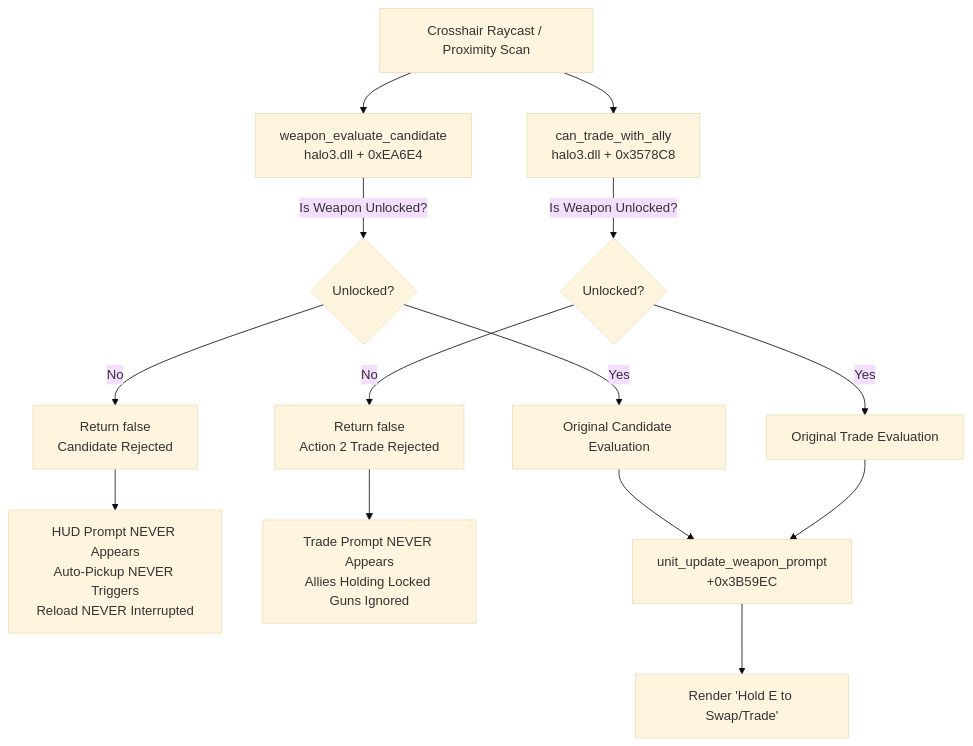
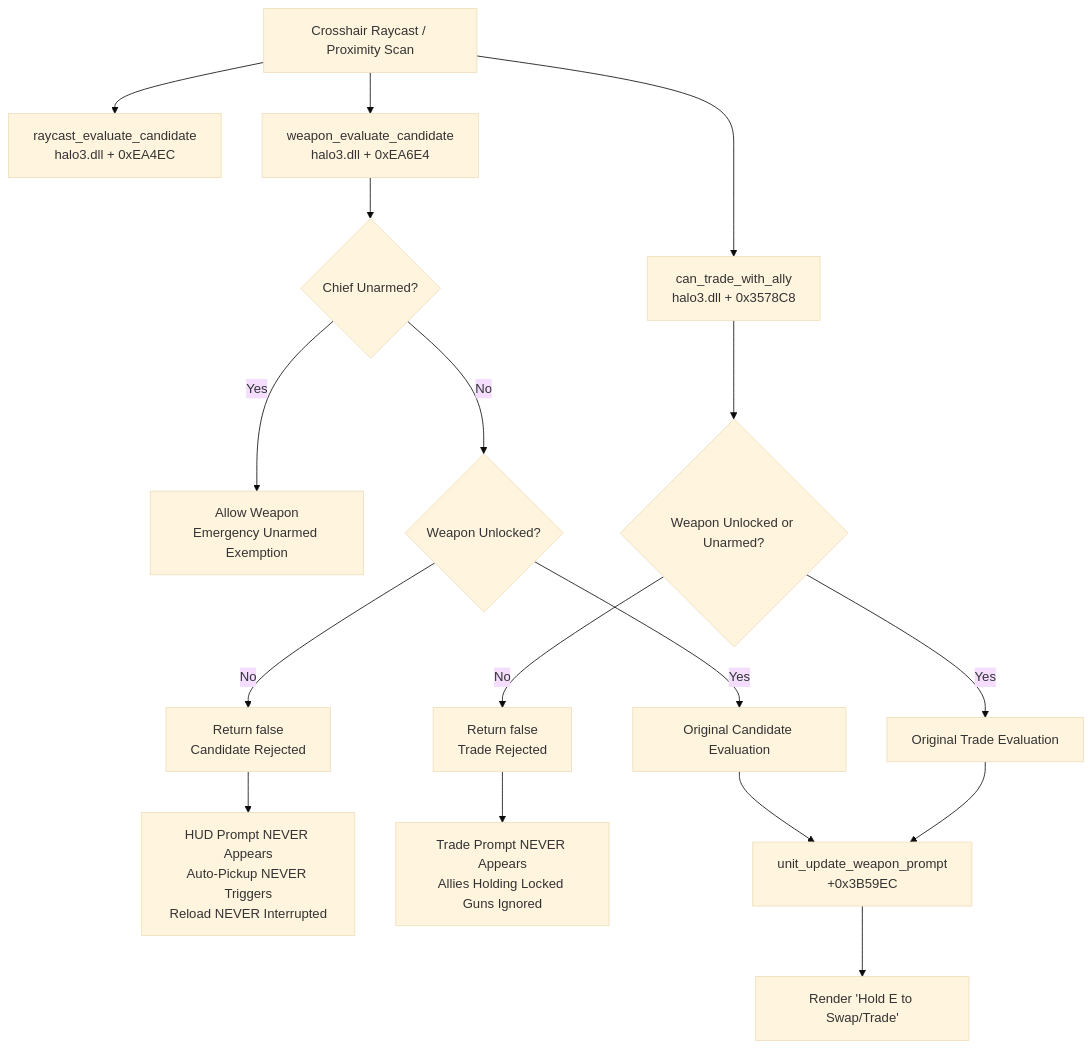
One commit to mwahagga/Archipelago changed the third of 3 diagrams in mcc_mod/docs/architecture_and_ipc.md. Above: the diagram before and after it, drawn with Mermaid (base theme). The commit also changed other lines of this file and 44 other files, not shown here.

````diff
--- a/mcc_mod/docs/architecture_and_ipc.md
+++ b/mcc_mod/docs/architecture_and_ipc.md
@@ -203,20 +249,24 @@
 ```mermaid
 graph TD
-    Aim[Crosshair Raycast / Proximity Scan] --> CandEval[weapon_evaluate_candidate<br/>halo3.dll + 0xEA6E4]
+    Aim[Crosshair Raycast / Proximity Scan] --> RayEval[raycast_evaluate_candidate<br/>halo3.dll + 0xEA4EC]
+    Aim --> CandEval[weapon_evaluate_candidate<br/>halo3.dll + 0xEA6E4]
     Aim --> TradeEval[can_trade_with_ally<br/>halo3.dll + 0x3578C8]
-    
-    CandEval -->|Is Weapon Unlocked?| CheckW{Unlocked?}
+
+    CandEval --> CheckUnarmed{Chief Unarmed?}
+    CheckUnarmed -- Yes --> AllowEmergency[Allow Weapon<br/>Emergency Unarmed Exemption]
+    CheckUnarmed -- No --> CheckW{Weapon Unlocked?}
+
     CheckW -- No --> RejectCand[Return false<br/>Candidate Rejected]
     CheckW -- Yes --> OrigCand[Original Candidate Evaluation]
-    
-    TradeEval -->|Is Weapon Unlocked?| CheckT{Unlocked?}
-    CheckT -- No --> RejectTrade[Return false<br/>Action 2 Trade Rejected]
+
+    TradeEval --> CheckT{Weapon Unlocked or Unarmed?}
+    CheckT -- No --> RejectTrade[Return false<br/>Trade Rejected]
     CheckT -- Yes --> OrigTrade[Original Trade Evaluation]
-    
+
     RejectCand --> NoPrompt[HUD Prompt NEVER Appears<br/>Auto-Pickup NEVER Triggers<br/>Reload NEVER Interrupted]
     RejectTrade --> NoTradePrompt[Trade Prompt NEVER Appears<br/>Allies Holding Locked Guns Ignored]
 
     OrigCand --> PromptGen[unit_update_weapon_prompt<br/>+0x3B59EC]
     OrigTrade --> PromptGen
     PromptGen --> HUD[Render 'Hold E to Swap/Trade']
 ```
````
